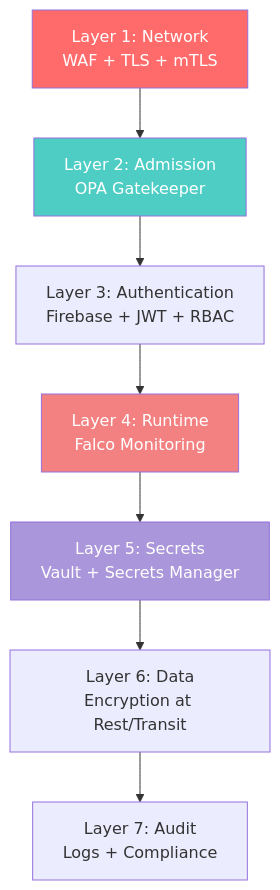
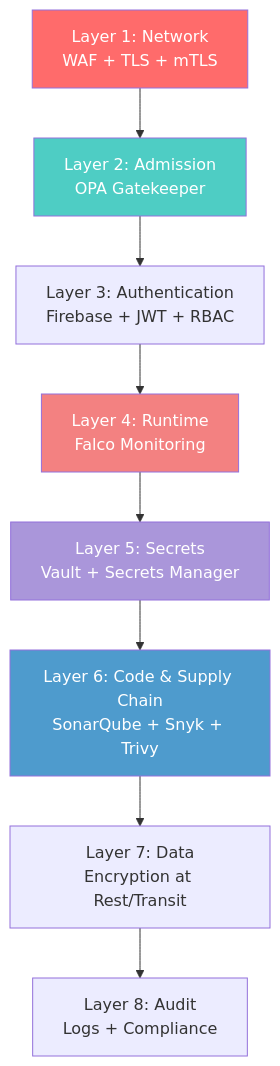
The ninth of 10 diagrams in DEVOPS.md (Derek-miranda/DocuThinker-AI), drawn with Mermaid before and after one commit. The commit also changed other lines of this file and 16 other files, not shown here.

````diff
--- a/DEVOPS.md
+++ b/DEVOPS.md
@@ -1252,17 +1255,19 @@
 ```mermaid
 graph TB
     L1[Layer 1: Network<br/>WAF + TLS + mTLS]
     L2[Layer 2: Admission<br/>OPA Gatekeeper]
     L3[Layer 3: Authentication<br/>Firebase + JWT + RBAC]
     L4[Layer 4: Runtime<br/>Falco Monitoring]
     L5[Layer 5: Secrets<br/>Vault + Secrets Manager]
-    L6[Layer 6: Data<br/>Encryption at Rest/Transit]
-    L7[Layer 7: Audit<br/>Logs + Compliance]
+    L6[Layer 6: Code & Supply Chain<br/>SonarQube + Snyk + Trivy]
+    L7[Layer 7: Data<br/>Encryption at Rest/Transit]
+    L8[Layer 8: Audit<br/>Logs + Compliance]
 
-    L1 --> L2 --> L3 --> L4 --> L5 --> L6 --> L7
+    L1 --> L2 --> L3 --> L4 --> L5 --> L6 --> L7 --> L8
 
     style L1 fill:#FF6B6B,color:#fff
     style L2 fill:#4ECDC4,color:#fff
     style L4 fill:#F38181,color:#fff
     style L5 fill:#AA96DA,color:#fff
+    style L6 fill:#4E9BCD,color:#fff
 ```
````
